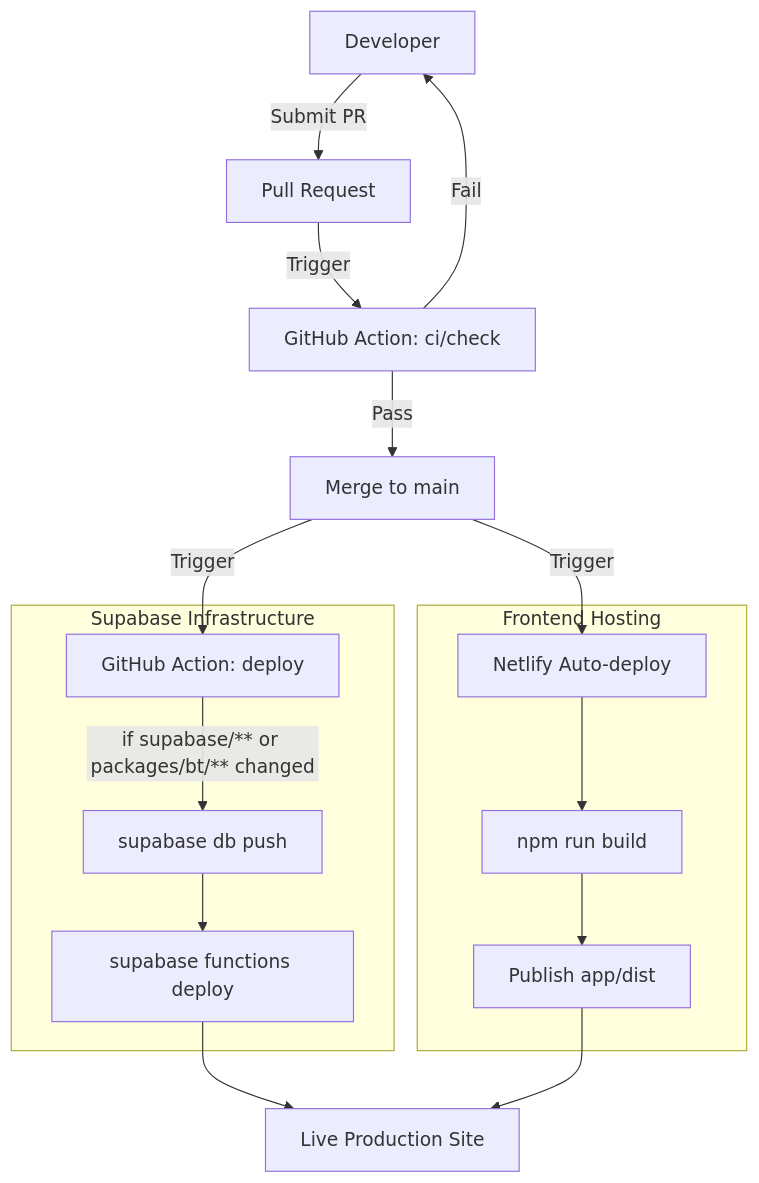
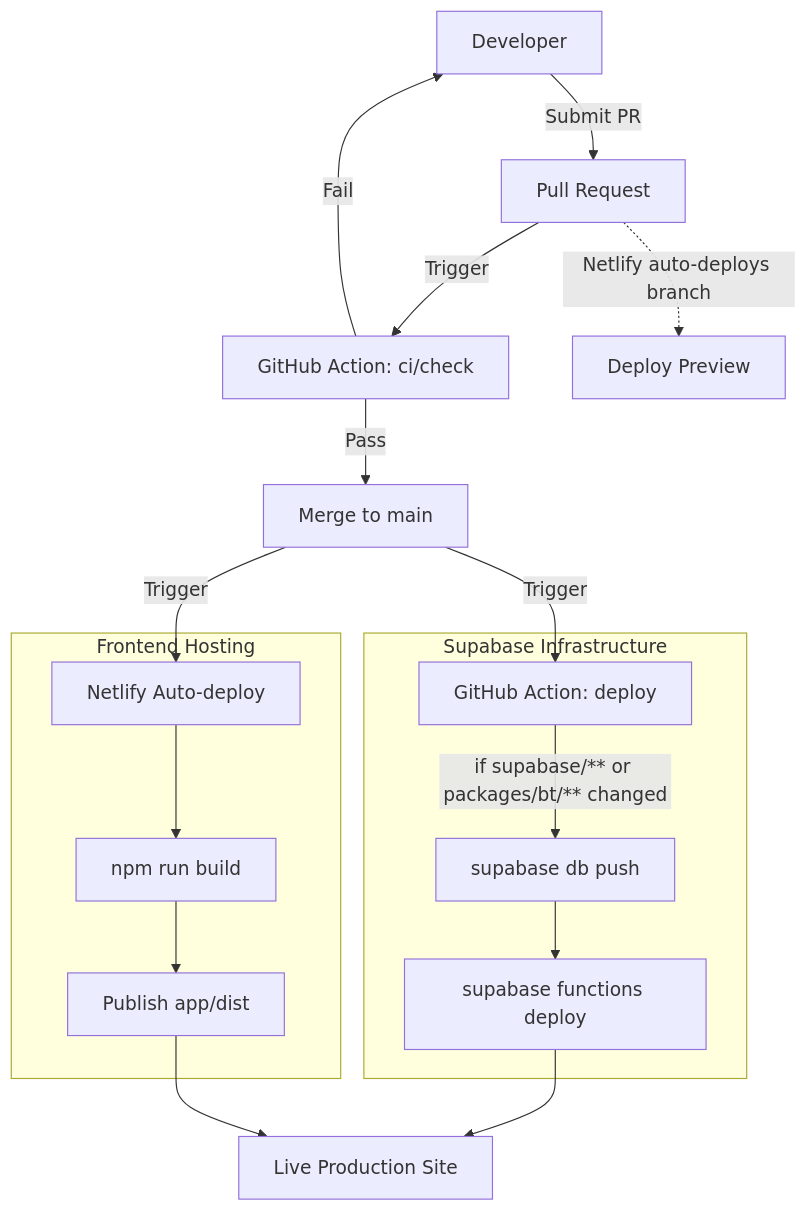
The diagram in README.md (pandeiro/CoasterRank), drawn with Mermaid before and after one commit. The commit also changed other lines of this file, not shown here.

Commit message:
docs: update README with deploy preview node, status, and features

````diff
--- a/README.md
+++ b/README.md
@@ -35,23 +36,24 @@
 ```mermaid
 graph TD
     Dev[Developer] -->|Submit PR| PR[Pull Request]
     PR -->|Trigger| CI[GitHub Action: ci/check]
+    PR -.->|Netlify auto-deploys branch| Preview[Deploy Preview]
     CI -->|Pass| Merge[Merge to main]
     CI -->|Fail| Dev
 
     Merge -->|Trigger| GH_Deploy[GitHub Action: deploy]
     Merge -->|Trigger| Netlify[Netlify Auto-deploy]
 
     subgraph Supabase [Supabase Infrastructure]
         GH_Deploy -->|if supabase/** or packages/bt/** changed| DB[supabase db push]
         DB --> Func[supabase functions deploy]
     end
 
     subgraph Frontend [Frontend Hosting]
         Netlify --> Build[npm run build]
         Build --> Deploy[Publish app/dist]
     end
 
     Func --> Site[Live Production Site]
     Deploy --> Site
 ```
````
